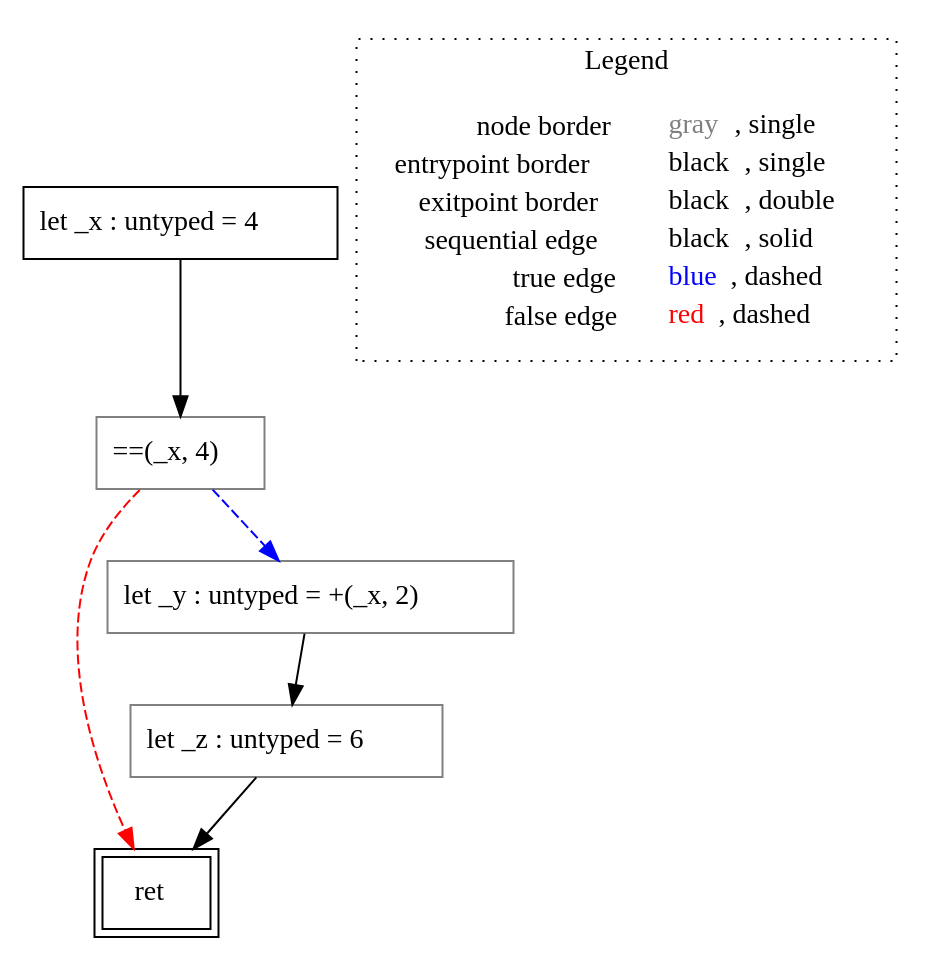
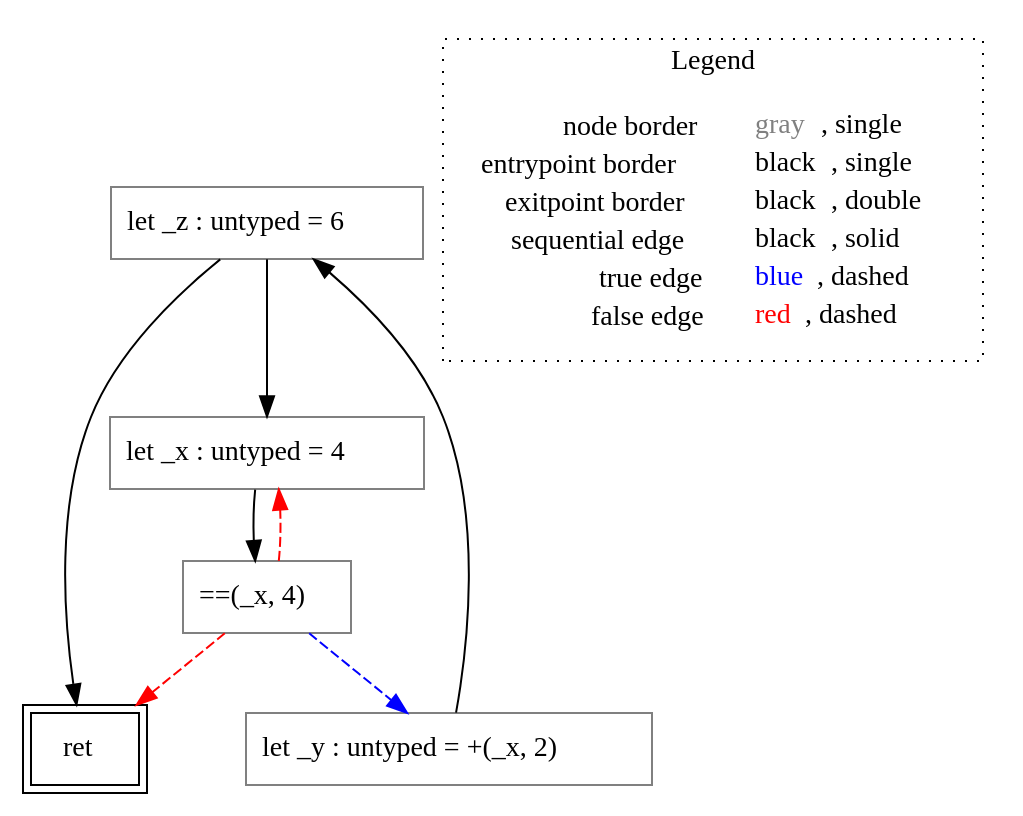
Before and after one commit to VincenzoArceri/rust-lisa: the diagram in rust-lisa/rust-testcases/cfg/return-void/()_rust-testcases_cfg_return-void_return-void.rs.func4().dot, drawn with Graphviz. The commit also changed 14 other files, not shown here.

```diff
--- a/rust-lisa/rust-testcases/cfg/return-void/()_rust-testcases_cfg_return-void_return-void.rs.func4().dot
+++ b/rust-lisa/rust-testcases/cfg/return-void/()_rust-testcases_cfg_return-void_return-void.rs.func4().dot
@@ -1,19 +1,21 @@
 digraph {
-	"node0" [shape="rect",color="black",label=<let _x : untyped = 4>];
-	"node1" [shape="rect",color="gray",label=<let _z : untyped = 6>];
-	"node2" [shape="rect",color="black",peripheries="2",label=<ret>];
-	"node3" [shape="rect",color="gray",label=<==(_x, 4)>];
-	"node4" [shape="rect",color="gray",label=<let _y : untyped = +(_x, 2)>];
-	"node1" -> "node2" [color="black"];
-	"node3" -> "node2" [color="red",style="dashed"];
-	"node3" -> "node4" [color="blue",style="dashed"];
-	"node4" -> "node1" [color="black"];
-	"node0" -> "node3" [color="black"];
+	"node0" [shape="rect",color="gray",label=<let _z : untyped = 6>];
+	"node1" [shape="rect",color="black",peripheries="2",label=<ret>];
+	"node2" [shape="rect",color="gray",label=<==(_x, 4)>];
+	"node3" [shape="rect",color="gray",label=<let _y : untyped = +(_x, 2)>];
+	"node4" [shape="rect",color="gray",label=<let _x : untyped = 4>];
+	"node0" -> "node1" [color="black"];
+	"node0" -> "node4" [color="black"];
+	"node2" -> "node1" [color="red",style="dashed"];
+	"node2" -> "node3" [color="blue",style="dashed"];
+	"node2" -> "node4" [color="red",style="dashed"];
+	"node3" -> "node0" [color="black"];
+	"node4" -> "node2" [color="black"];
 subgraph cluster_legend {
 	label="Legend";
 	style=dotted;
 	node [shape=plaintext];
 	"legend" [label=<<table border="0" cellpadding="2" cellspacing="0" cellborder="0"><tr><td align="right">node border&nbsp;</td><td align="left"><font color="gray">gray</font>, single</td></tr><tr><td align="right">entrypoint border&nbsp;</td><td align="left"><font color="black">black</font>, single</td></tr><tr><td align="right">exitpoint border&nbsp;</td><td align="left"><font color="black">black</font>, double</td></tr><tr><td align="right">sequential edge&nbsp;</td><td align="left"><font color="black">black</font>, solid</td></tr><tr><td align="right">true edge&nbsp;</td><td align="left"><font color="blue">blue</font>, dashed</td></tr><tr><td align="right">false edge&nbsp;</td><td align="left"><font color="red">red</font>, dashed</td></tr></table>>];
 }
 
 }
```
